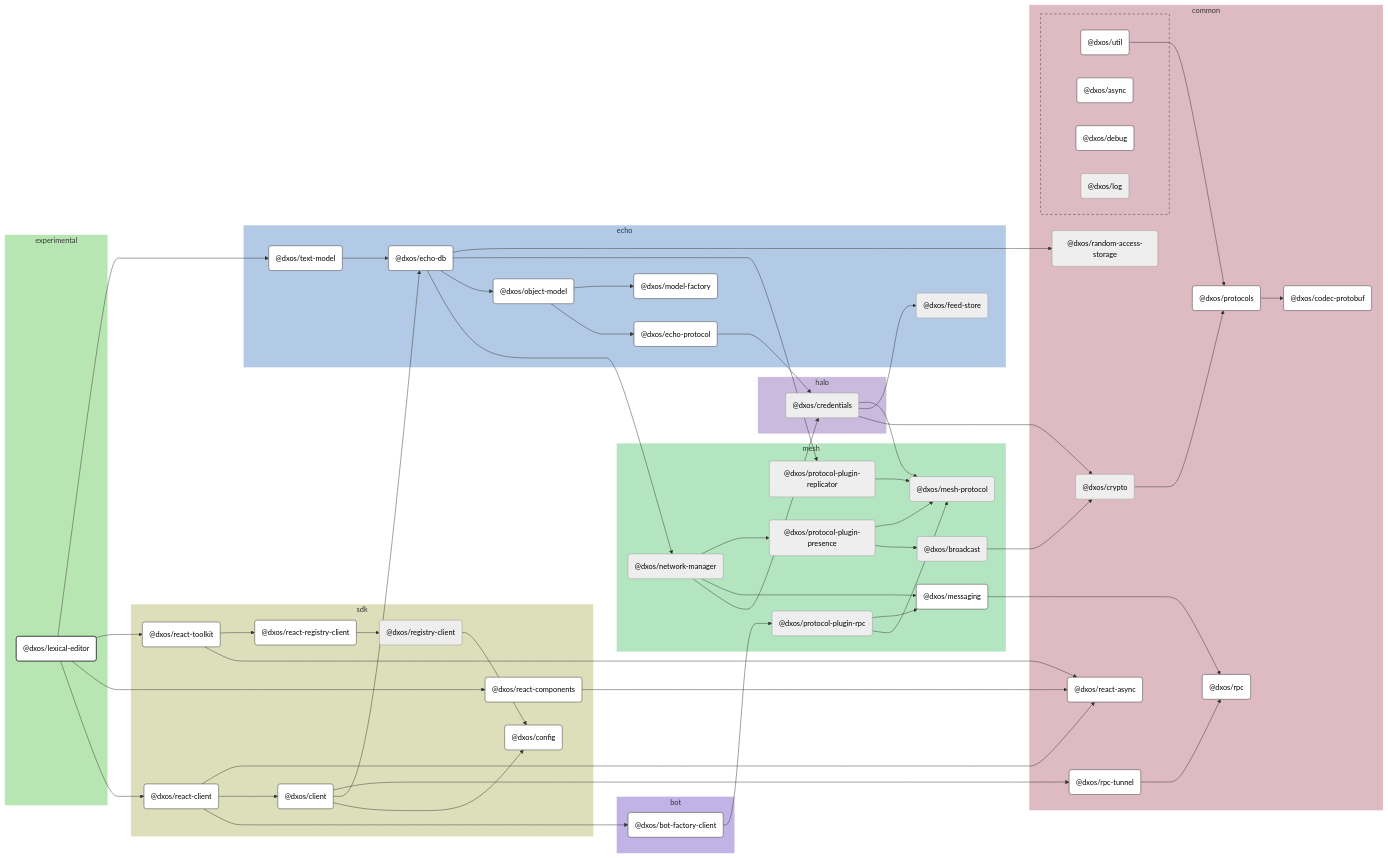
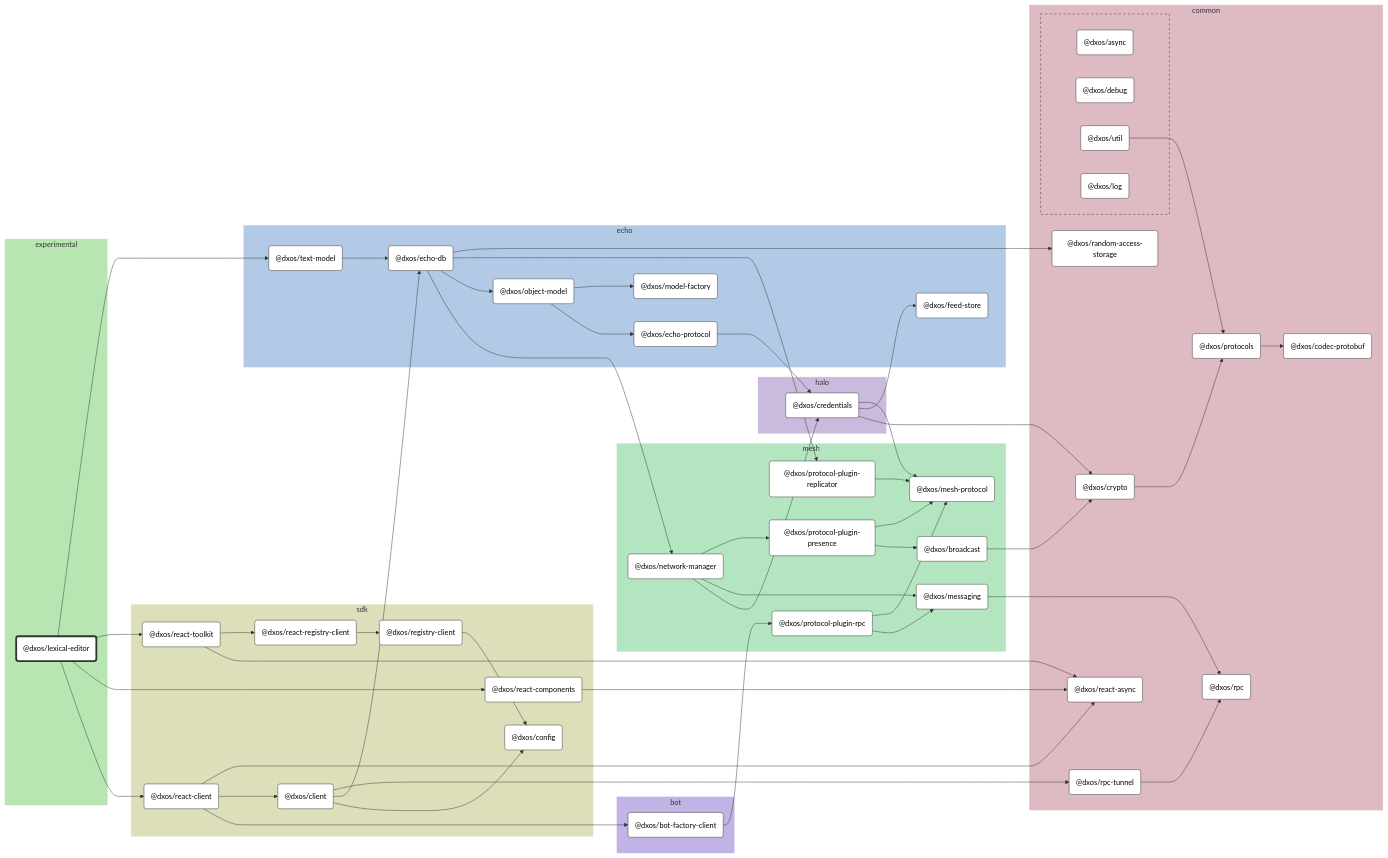
The diagram in apps/experimental/lexical-editor/docs/README.md (dxos/dxos), drawn with Mermaid (neutral theme) before and after one commit. The commit also changed other lines of this file and 104 other files, not shown here.

````diff
--- a/apps/experimental/lexical-editor/docs/README.md
+++ b/apps/experimental/lexical-editor/docs/README.md
@@ -9,174 +9,153 @@
 
 flowchart LR
 
-%% Links
-dxos/bot-factory-client --> dxos/protocol-plugin-rpc;
-dxos/broadcast --> dxos/crypto;
-dxos/client --> dxos/config;
-dxos/client --> dxos/echo-db;
-dxos/client --> dxos/rpc-tunnel;
-dxos/credentials --> dxos/crypto;
-dxos/credentials --> dxos/feed-store;
-dxos/credentials --> dxos/mesh-protocol;
-dxos/crypto --> dxos/protocols;
-dxos/echo-db --> dxos/network-manager;
-dxos/echo-db --> dxos/object-model;
-dxos/echo-db --> dxos/protocol-plugin-replicator;
-dxos/echo-db --> dxos/random-access-storage;
-dxos/echo-protocol --> dxos/credentials;
-dxos/lexical-editor --> dxos/react-client;
-dxos/lexical-editor --> dxos/react-components;
-dxos/lexical-editor --> dxos/react-toolkit;
-dxos/lexical-editor --> dxos/text-model;
-dxos/messaging --> dxos/rpc;
-dxos/network-manager --> dxos/credentials;
-dxos/network-manager --> dxos/messaging;
-dxos/network-manager --> dxos/protocol-plugin-presence;
-dxos/object-model --> dxos/echo-protocol;
-dxos/object-model --> dxos/model-factory;
-dxos/protocol-plugin-presence --> dxos/broadcast;
-dxos/protocol-plugin-presence --> dxos/mesh-protocol;
-dxos/protocol-plugin-replicator --> dxos/mesh-protocol;
-dxos/protocol-plugin-rpc --> dxos/mesh-protocol;
-dxos/protocol-plugin-rpc --> dxos/messaging;
-dxos/protocols --> dxos/codec-protobuf;
-dxos/react-client --> dxos/bot-factory-client;
-dxos/react-client --> dxos/client;
-dxos/react-client --> dxos/react-async;
-dxos/react-components --> dxos/react-async;
-dxos/react-registry-client --> dxos/registry-client;
-dxos/react-toolkit --> dxos/react-async;
-dxos/react-toolkit --> dxos/react-registry-client;
-dxos/registry-client --> dxos/config;
-dxos/rpc-tunnel --> dxos/rpc;
-dxos/text-model --> dxos/echo-db;
-dxos/util --> dxos/protocols;
+%% Classes
+classDef def fill:#fff,stroke:#333,stroke-width:1px
+classDef root fill:#fff,stroke:#333,stroke-width:4px
 
-%% Sections
-subgraph experimental
-  style experimental fill:#b8e6b3,stroke:#fff;
+%% Nodes
 
-  dxos/lexical-editor("@dxos/lexical-editor")
+subgraph experimental [experimental]
+  style experimental fill:#b8e6b3,stroke:#fff
+  dxos/lexical-editor("@dxos/lexical-editor"):::root
+  click dxos/lexical-editor "dxos/dxos/tree/main/apps/experimental/lexical-editor/docs"
 end
 
-subgraph common
-  style common fill:#debac2,stroke:#fff;
-
-  dxos/codec-protobuf("@dxos/codec-protobuf")
-  dxos/crypto("@dxos/crypto")
-  dxos/protocols("@dxos/protocols")
-  dxos/random-access-storage("@dxos/random-access-storage")
-  dxos/react-async("@dxos/react-async")
-  dxos/rpc("@dxos/rpc")
-  dxos/rpc-tunnel("@dxos/rpc-tunnel")
+subgraph common [common]
+  style common fill:#debac2,stroke:#fff
+  dxos/codec-protobuf("@dxos/codec-protobuf"):::def
+  click dxos/codec-protobuf "dxos/dxos/tree/main/packages/common/codec-protobuf/docs"
+  dxos/protocols("@dxos/protocols"):::def
+  click dxos/protocols "dxos/dxos/tree/main/packages/common/protocols/docs"
+  dxos/crypto("@dxos/crypto"):::def
+  click dxos/crypto "dxos/dxos/tree/main/packages/common/crypto/docs"
+  dxos/rpc("@dxos/rpc"):::def
+  click dxos/rpc "dxos/dxos/tree/main/packages/common/rpc/docs"
+  dxos/random-access-storage("@dxos/random-access-storage"):::def
+  click dxos/random-access-storage "dxos/dxos/tree/main/packages/common/random-access-storage/docs"
+  dxos/rpc-tunnel("@dxos/rpc-tunnel"):::def
+  click dxos/rpc-tunnel "dxos/dxos/tree/main/packages/common/rpc-tunnel/docs"
+  dxos/react-async("@dxos/react-async"):::def
+  click dxos/react-async "dxos/dxos/tree/main/packages/common/react-async/docs"
 
   subgraph common-excluded [ ]
-    style common-excluded fill:#debac2,stroke:#333,stroke-dasharray:5 5;
-
-    dxos/async("@dxos/async")
-    dxos/debug("@dxos/debug")
-    dxos/log("@dxos/log")
-    dxos/util("@dxos/util")
+    style common-excluded fill:#debac2,stroke:#333,stroke-dasharray:5 5
+    dxos/async("@dxos/async"):::def
+    click dxos/async "dxos/dxos/tree/main/packages/common/async/docs"
+    dxos/debug("@dxos/debug"):::def
+    click dxos/debug "dxos/dxos/tree/main/packages/common/debug/docs"
+    dxos/util("@dxos/util"):::def
+    click dxos/util "dxos/dxos/tree/main/packages/common/util/docs"
+    dxos/log("@dxos/log"):::def
+    click dxos/log "dxos/dxos/tree/main/packages/common/log/docs"
   end
 end
 
-subgraph sdk
-  style sdk fill:#dddeba,stroke:#fff;
-
-  dxos/client("@dxos/client")
-  dxos/config("@dxos/config")
-  dxos/react-client("@dxos/react-client")
-  dxos/react-components("@dxos/react-components")
-  dxos/react-registry-client("@dxos/react-registry-client")
-  dxos/react-toolkit("@dxos/react-toolkit")
-  dxos/registry-client("@dxos/registry-client")
+subgraph sdk [sdk]
+  style sdk fill:#dddeba,stroke:#fff
+  dxos/client("@dxos/client"):::def
+  click dxos/client "dxos/dxos/tree/main/packages/sdk/client/docs"
+  dxos/config("@dxos/config"):::def
+  click dxos/config "dxos/dxos/tree/main/packages/sdk/config/docs"
+  dxos/react-client("@dxos/react-client"):::def
+  click dxos/react-client "dxos/dxos/tree/main/packages/sdk/react-client/docs"
+  dxos/react-components("@dxos/react-components"):::def
+  click dxos/react-components "dxos/dxos/tree/main/packages/sdk/react-components/docs"
+  dxos/react-toolkit("@dxos/react-toolkit"):::def
+  click dxos/react-toolkit "dxos/dxos/tree/main/packages/sdk/react-toolkit/docs"
+  dxos/react-registry-client("@dxos/react-registry-client"):::def
+  click dxos/react-registry-client "dxos/dxos/tree/main/packages/sdk/react-registry-client/docs"
+  dxos/registry-client("@dxos/registry-client"):::def
+  click dxos/registry-client "dxos/dxos/tree/main/packages/sdk/registry-client/docs"
 end
 
-subgraph echo
-  style echo fill:#b3cae6,stroke:#fff;
-
-  dxos/echo-db("@dxos/echo-db")
-  dxos/echo-protocol("@dxos/echo-protocol")
-  dxos/feed-store("@dxos/feed-store")
-  dxos/model-factory("@dxos/model-factory")
-  dxos/object-model("@dxos/object-model")
-  dxos/text-model("@dxos/text-model")
+subgraph echo [echo]
+  style echo fill:#b3cae6,stroke:#fff
+  dxos/echo-db("@dxos/echo-db"):::def
+  click dxos/echo-db "dxos/dxos/tree/main/packages/echo/echo-db/docs"
+  dxos/feed-store("@dxos/feed-store"):::def
+  click dxos/feed-store "dxos/dxos/tree/main/packages/echo/feed-store/docs"
+  dxos/echo-protocol("@dxos/echo-protocol"):::def
+  click dxos/echo-protocol "dxos/dxos/tree/main/packages/echo/echo-protocol/docs"
+  dxos/model-factory("@dxos/model-factory"):::def
+  click dxos/model-factory "dxos/dxos/tree/main/packages/echo/model-factory/docs"
+  dxos/object-model("@dxos/object-model"):::def
+  click dxos/object-model "dxos/dxos/tree/main/packages/echo/object-model/docs"
+  dxos/text-model("@dxos/text-model"):::def
+  click dxos/text-model "dxos/dxos/tree/main/packages/echo/text-model/docs"
 end
 
-subgraph halo
-  style halo fill:#cabade,stroke:#fff;
-
-  dxos/credentials("@dxos/credentials")
+subgraph halo [halo]
+  style halo fill:#cabade,stroke:#fff
+  dxos/credentials("@dxos/credentials"):::def
+  click dxos/credentials "dxos/dxos/tree/main/packages/halo/credentials/docs"
 end
 
-subgraph mesh
-  style mesh fill:#b3e6c0,stroke:#fff;
-
-  dxos/broadcast("@dxos/broadcast")
-  dxos/mesh-protocol("@dxos/mesh-protocol")
-  dxos/messaging("@dxos/messaging")
-  dxos/network-manager("@dxos/network-manager")
-  dxos/protocol-plugin-presence("@dxos/protocol-plugin-presence")
-  dxos/protocol-plugin-replicator("@dxos/protocol-plugin-replicator")
-  dxos/protocol-plugin-rpc("@dxos/protocol-plugin-rpc")
+subgraph mesh [mesh]
+  style mesh fill:#b3e6c0,stroke:#fff
+  dxos/mesh-protocol("@dxos/mesh-protocol"):::def
+  click dxos/mesh-protocol "dxos/dxos/tree/main/packages/mesh/mesh-protocol/docs"
+  dxos/messaging("@dxos/messaging"):::def
+  click dxos/messaging "dxos/dxos/tree/main/packages/mesh/messaging/docs"
+  dxos/network-manager("@dxos/network-manager"):::def
+  click dxos/network-manager "dxos/dxos/tree/main/packages/mesh/network-manager/docs"
+  dxos/protocol-plugin-presence("@dxos/protocol-plugin-presence"):::def
+  click dxos/protocol-plugin-presence "dxos/dxos/tree/main/packages/mesh/protocol-plugin-presence/docs"
+  dxos/broadcast("@dxos/broadcast"):::def
+  click dxos/broadcast "dxos/dxos/tree/main/packages/mesh/broadcast/docs"
+  dxos/protocol-plugin-replicator("@dxos/protocol-plugin-replicator"):::def
+  click dxos/protocol-plugin-replicator "dxos/dxos/tree/main/packages/mesh/protocol-plugin-replicator/docs"
+  dxos/protocol-plugin-rpc("@dxos/protocol-plugin-rpc"):::def
+  click dxos/protocol-plugin-rpc "dxos/dxos/tree/main/packages/mesh/protocol-plugin-rpc/docs"
 end
 
-subgraph bot
-  style bot fill:#c2b3e6,stroke:#fff;
-
-  dxos/bot-factory-client("@dxos/bot-factory-client")
+subgraph bot [bot]
+  style bot fill:#c2b3e6,stroke:#fff
+  dxos/bot-factory-client("@dxos/bot-factory-client"):::def
+  click dxos/bot-factory-client "dxos/dxos/tree/main/packages/bot/bot-factory-client/docs"
 end
 
-
-%% Hyperlinks
-click dxos/async "dxos/dxos/tree/main/packages/common/async/docs";
-click dxos/bot-factory-client "dxos/dxos/tree/main/packages/bot/bot-factory-client/docs";
-click dxos/client "dxos/dxos/tree/main/packages/sdk/client/docs";
-click dxos/codec-protobuf "dxos/dxos/tree/main/packages/common/codec-protobuf/docs";
-click dxos/config "dxos/dxos/tree/main/packages/sdk/config/docs";
-click dxos/debug "dxos/dxos/tree/main/packages/common/debug/docs";
-click dxos/echo-db "dxos/dxos/tree/main/packages/echo/echo-db/docs";
-click dxos/echo-protocol "dxos/dxos/tree/main/packages/echo/echo-protocol/docs";
-click dxos/messaging "dxos/dxos/tree/main/packages/mesh/messaging/docs";
-click dxos/model-factory "dxos/dxos/tree/main/packages/echo/model-factory/docs";
-click dxos/object-model "dxos/dxos/tree/main/packages/echo/object-model/docs";
-click dxos/protocols "dxos/dxos/tree/main/packages/common/protocols/docs";
-click dxos/react-async "dxos/dxos/tree/main/packages/common/react-async/docs";
-click dxos/react-client "dxos/dxos/tree/main/packages/sdk/react-client/docs";
-click dxos/react-components "dxos/dxos/tree/main/packages/sdk/react-components/docs";
-click dxos/react-registry-client "dxos/dxos/tree/main/packages/sdk/react-registry-client/docs";
-click dxos/react-toolkit "dxos/dxos/tree/main/packages/sdk/react-toolkit/docs";
-click dxos/rpc "dxos/dxos/tree/main/packages/common/rpc/docs";
-click dxos/rpc-tunnel "dxos/dxos/tree/main/packages/common/rpc-tunnel/docs";
-click dxos/text-model "dxos/dxos/tree/main/packages/echo/text-model/docs";
-click dxos/util "dxos/dxos/tree/main/packages/common/util/docs";
-
-%% Styles
-classDef rootNode fill:#fff,stroke:#333,stroke-width:2px
-classDef defaultNode fill:#fff,stroke:#333,stroke-width:1px
+%% Links
 linkStyle default stroke:#333,stroke-width:1px
-
-dxos/lexical-editor:::rootNode
-
-dxos/async:::defaultNode
-dxos/bot-factory-client:::defaultNode
-dxos/client:::defaultNode
-dxos/codec-protobuf:::defaultNode
-dxos/config:::defaultNode
-dxos/debug:::defaultNode
-dxos/echo-db:::defaultNode
-dxos/echo-protocol:::defaultNode
-dxos/messaging:::defaultNode
-dxos/model-factory:::defaultNode
-dxos/object-model:::defaultNode
-dxos/protocols:::defaultNode
-dxos/react-async:::defaultNode
-dxos/react-client:::defaultNode
-dxos/react-components:::defaultNode
-dxos/react-registry-client:::defaultNode
-dxos/react-toolkit:::defaultNode
-dxos/rpc:::defaultNode
-dxos/rpc-tunnel:::defaultNode
-dxos/text-model:::defaultNode
-dxos/util:::defaultNode
+dxos/client --> dxos/config
+dxos/protocols --> dxos/codec-protobuf
+dxos/util --> dxos/protocols
+dxos/client --> dxos/echo-db
+dxos/credentials --> dxos/crypto
+dxos/crypto --> dxos/protocols
+dxos/credentials --> dxos/feed-store
+dxos/credentials --> dxos/mesh-protocol
+dxos/echo-protocol --> dxos/credentials
+dxos/messaging --> dxos/rpc
+dxos/echo-db --> dxos/network-manager
+dxos/network-manager --> dxos/credentials
+dxos/network-manager --> dxos/messaging
+dxos/network-manager --> dxos/protocol-plugin-presence
+dxos/protocol-plugin-presence --> dxos/broadcast
+dxos/broadcast --> dxos/crypto
+dxos/protocol-plugin-presence --> dxos/mesh-protocol
+dxos/echo-db --> dxos/object-model
+dxos/object-model --> dxos/echo-protocol
+dxos/object-model --> dxos/model-factory
+dxos/echo-db --> dxos/protocol-plugin-replicator
+dxos/protocol-plugin-replicator --> dxos/mesh-protocol
+dxos/echo-db --> dxos/random-access-storage
+dxos/client --> dxos/rpc-tunnel
+dxos/rpc-tunnel --> dxos/rpc
+dxos/lexical-editor --> dxos/react-client
+dxos/react-client --> dxos/bot-factory-client
+dxos/bot-factory-client --> dxos/protocol-plugin-rpc
+dxos/protocol-plugin-rpc --> dxos/messaging
+dxos/protocol-plugin-rpc --> dxos/mesh-protocol
+dxos/react-client --> dxos/client
+dxos/react-client --> dxos/react-async
+dxos/lexical-editor --> dxos/react-components
+dxos/react-components --> dxos/react-async
+dxos/lexical-editor --> dxos/react-toolkit
+dxos/react-toolkit --> dxos/react-async
+dxos/react-toolkit --> dxos/react-registry-client
+dxos/react-registry-client --> dxos/registry-client
+dxos/registry-client --> dxos/config
+dxos/lexical-editor --> dxos/text-model
+dxos/text-model --> dxos/echo-db
 ```
````
